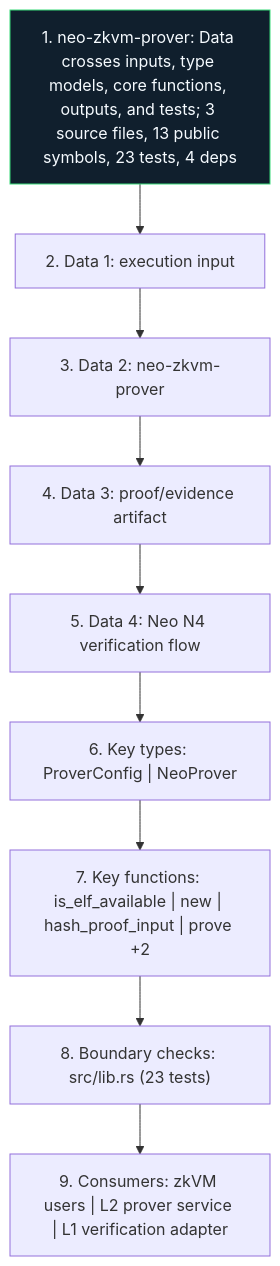
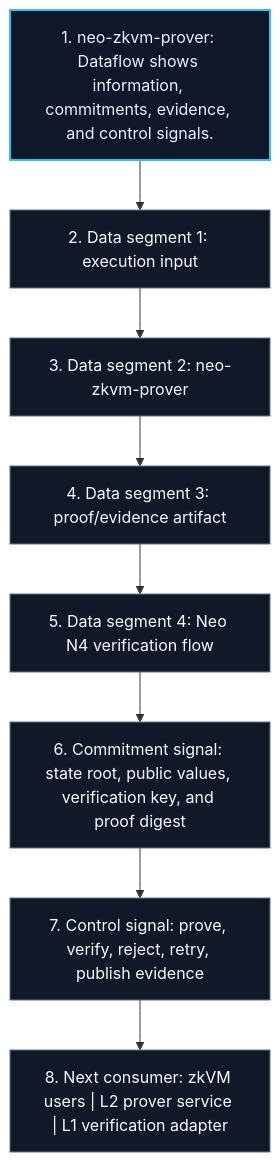
The diagram in crates/neo-zkvm-prover/docs/figures/dataflow.mmd (r3e-network/neo-zkvm), drawn with Mermaid before and after one commit. The commit also changed 447 other files, not shown here.

Commit message:
Replace crate diagrams with technical views

```diff
--- a/crates/neo-zkvm-prover/docs/figures/dataflow.mmd
+++ b/crates/neo-zkvm-prover/docs/figures/dataflow.mmd
@@ -1,20 +1,20 @@
 flowchart TB
-    N1["1. neo-zkvm-prover: Data crosses inputs, type models, core functions, outputs, and tests; 3 source files, 13 public symbols, 23 tests, 4 deps"]
-    N2["2. Data 1: execution input"]
-    N3["3. Data 2: neo-zkvm-prover"]
-    N4["4. Data 3: proof/evidence artifact"]
-    N5["5. Data 4: Neo N4 verification flow"]
-    N6["6. Key types: ProverConfig | NeoProver"]
-    N7["7. Key functions: is_elf_available | new | hash_proof_input | prove +2"]
-    N8["8. Boundary checks: src/lib.rs (23 tests)"]
-    N9["9. Consumers: zkVM users | L2 prover service | L1 verification adapter"]
+    N1["1. neo-zkvm-prover: Dataflow shows information, commitments, evidence, and control signals."]
+    N2["2. Data segment 1: execution input"]
+    N3["3. Data segment 2: neo-zkvm-prover"]
+    N4["4. Data segment 3: proof/evidence artifact"]
+    N5["5. Data segment 4: Neo N4 verification flow"]
+    N6["6. Commitment signal: state root, public values, verification key, and proof digest"]
+    N7["7. Control signal: prove, verify, reject, retry, publish evidence"]
+    N8["8. Next consumer: zkVM users | L2 prover service | L1 verification adapter"]
     N1 --> N2
     N2 --> N3
     N3 --> N4
     N4 --> N5
     N5 --> N6
     N6 --> N7
     N7 --> N8
-    N8 --> N9
-    classDef crate fill:#101f2d,stroke:#38d978,color:#f6fbff
-    class N1 crate
+    classDef core fill:#0f172a,stroke:#38bdf8,color:#e5f2ff,stroke-width:2px;
+    classDef support fill:#111827,stroke:#64748b,color:#f8fafc;
+    class N1 core;
+    class N2,N3,N4,N5,N6,N7,N8 support;
```
